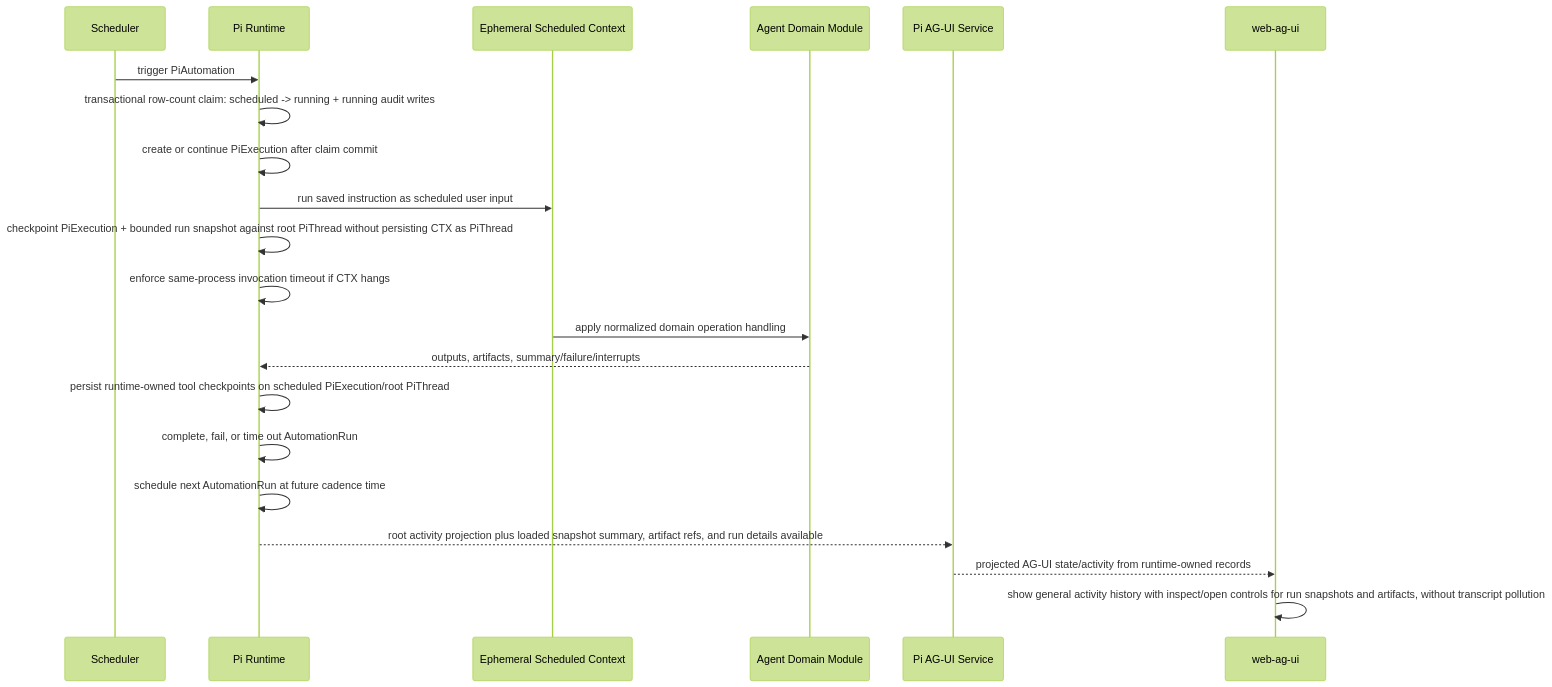
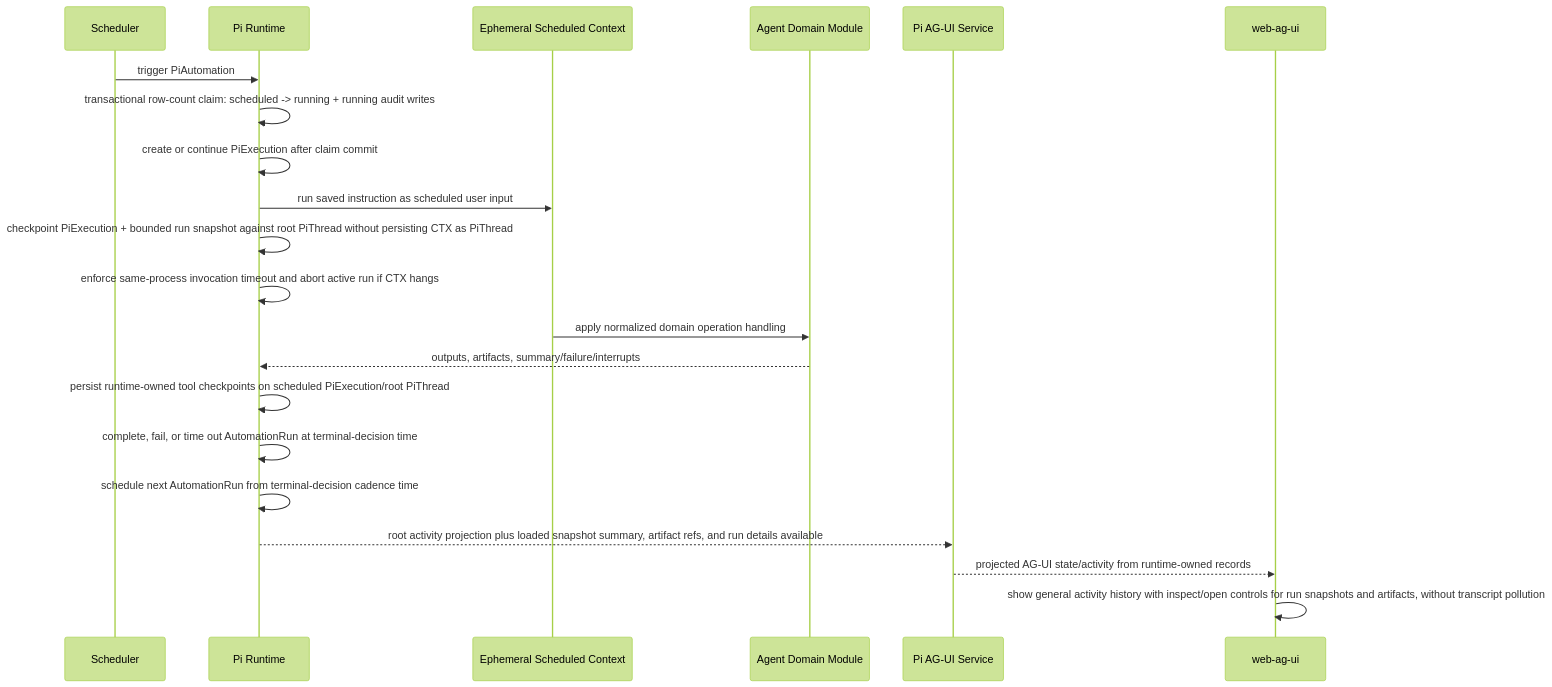
The sixth of 7 diagrams in typescript/clients/web-ag-ui/docs/c4-pi-runtime-architecture-and-boundaries.md (EmberAGI/arbitrum-vibekit), drawn with Mermaid (forest theme) before and after one commit. The commit also changed 6 other files, not shown here.

````diff
--- a/typescript/clients/web-ag-ui/docs/c4-pi-runtime-architecture-and-boundaries.md
+++ b/typescript/clients/web-ag-ui/docs/c4-pi-runtime-architecture-and-boundaries.md
@@ -339,24 +339,24 @@
 ```mermaid
 sequenceDiagram
   participant SCH as Scheduler
   participant RT as Pi Runtime
   participant CTX as Ephemeral Scheduled Context
   participant DM as Agent Domain Module
   participant AG as Pi AG-UI Service
   participant Web as web-ag-ui
 
   SCH->>RT: trigger PiAutomation
   RT->>RT: transactional row-count claim: scheduled -> running + running audit writes
   RT->>RT: create or continue PiExecution after claim commit
   RT->>CTX: run saved instruction as scheduled user input
   RT->>RT: checkpoint PiExecution + bounded run snapshot against root PiThread without persisting CTX as PiThread
-  RT->>RT: enforce same-process invocation timeout if CTX hangs
+  RT->>RT: enforce same-process invocation timeout and abort active run if CTX hangs
   CTX->>DM: apply normalized domain operation handling
   DM-->>RT: outputs, artifacts, summary/failure/interrupts
   RT->>RT: persist runtime-owned tool checkpoints on scheduled PiExecution/root PiThread
-  RT->>RT: complete, fail, or time out AutomationRun
-  RT->>RT: schedule next AutomationRun at future cadence time
+  RT->>RT: complete, fail, or time out AutomationRun at terminal-decision time
+  RT->>RT: schedule next AutomationRun from terminal-decision cadence time
   RT-->>AG: root activity projection plus loaded snapshot summary, artifact refs, and run details available
   AG-->>Web: projected AG-UI state/activity from runtime-owned records
   Web->>Web: show general activity history with inspect/open controls for run snapshots and artifacts, without transcript pollution
 ```
````
